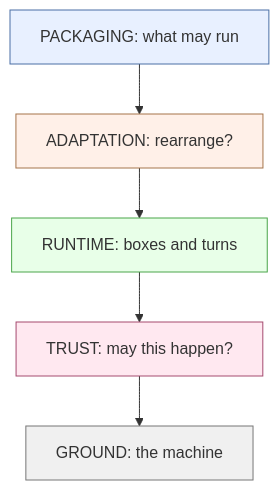
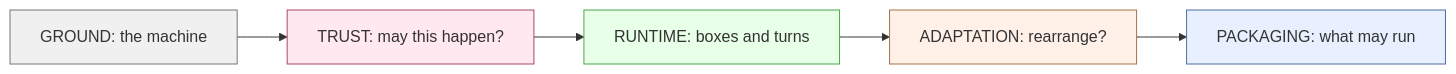
Before and after one commit to mondweep/vibe-cast: the first of 9 diagrams in README.md, drawn with Mermaid. The commit also changed other lines of this file, not shown here.

First line of the commit message:
Make diagrams short enough to fit GitHub's viewer

````diff
--- a/README.md
+++ b/README.md
@@ -122,14 +126,9 @@
 ```mermaid
-flowchart TB
-    L4["PACKAGING: what may run"]
-    L3["ADAPTATION: rearrange?"]
-    L2["RUNTIME: boxes and turns"]
-    L1["TRUST: may this happen?"]
-    L0["GROUND: the machine"]
-    L4 --> L3 --> L2 --> L1 --> L0
+flowchart LR
+    L0["GROUND: the machine"] --> L1["TRUST: may this happen?"] --> L2["RUNTIME: boxes and turns"] --> L3["ADAPTATION: rearrange?"] --> L4["PACKAGING: what may run"]
     style L4 fill:#e8f0ff,stroke:#4a6fa5
     style L3 fill:#fff0e8,stroke:#a5744a
     style L2 fill:#e8ffe8,stroke:#4aa54a
     style L1 fill:#ffe8f0,stroke:#a54a6f
     style L0 fill:#f0f0f0,stroke:#777
 ```
````
